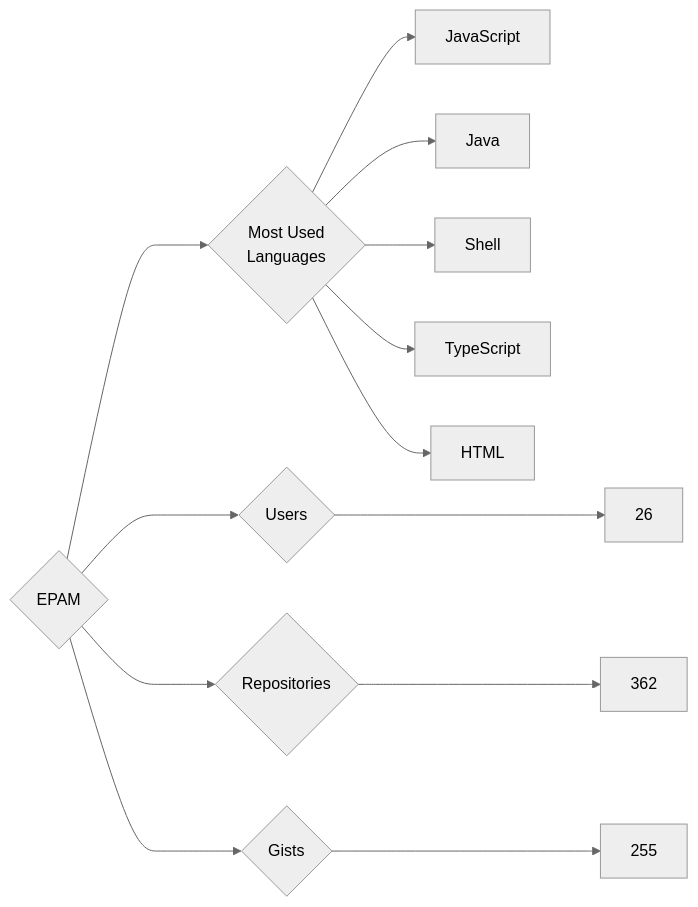
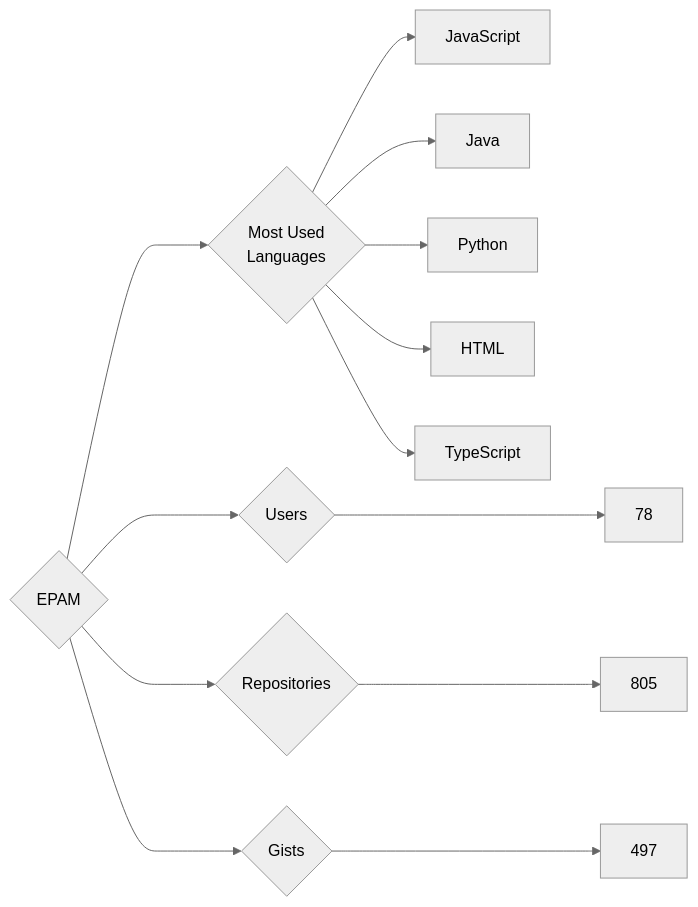
The diagram in targets/EPAM/README.md (trickest/insiders), drawn with Mermaid (neutral theme) before and after one commit. The commit also changed 757 other files, not shown here.

````diff
--- a/targets/EPAM/README.md
+++ b/targets/EPAM/README.md
@@ -3,13 +3,13 @@
 ```mermaid
 graph LR
 COMPANY_NAME{EPAM}
-COMPANY_NAME ---> U{Users} ---> UN[26]
-COMPANY_NAME ---> R{Repositories} ---> RN[362]
-COMPANY_NAME ---> G{Gists} ---> GN[255]
+COMPANY_NAME ---> U{Users} ---> UN[78]
+COMPANY_NAME ---> R{Repositories} ---> RN[805]
+COMPANY_NAME ---> G{Gists} ---> GN[497]
 COMPANY_NAME ---> ML{Most Used<br>Languages}
 ML --> JavaScript[JavaScript]
 ML --> Java[Java]
-ML --> Shell[Shell]
+ML --> Python[Python]
+ML --> HTML[HTML]
 ML --> TypeScript[TypeScript]
-ML --> HTML[HTML]
 ```
````
